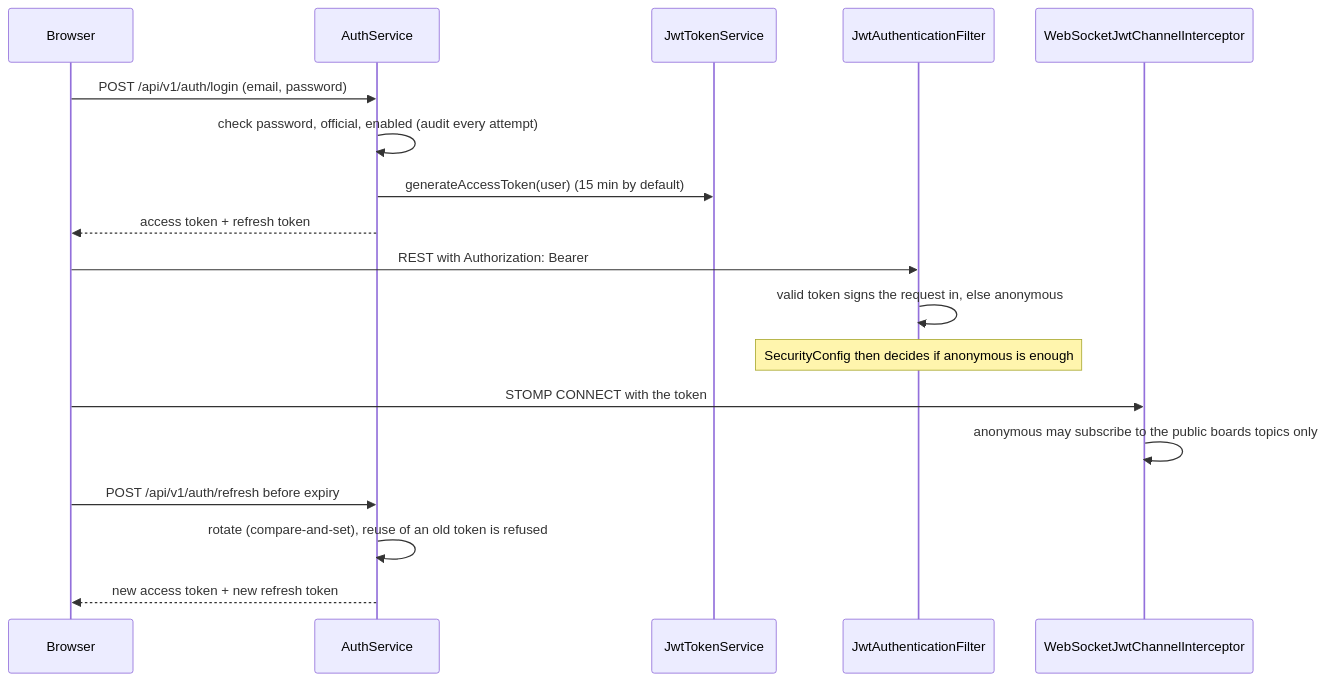
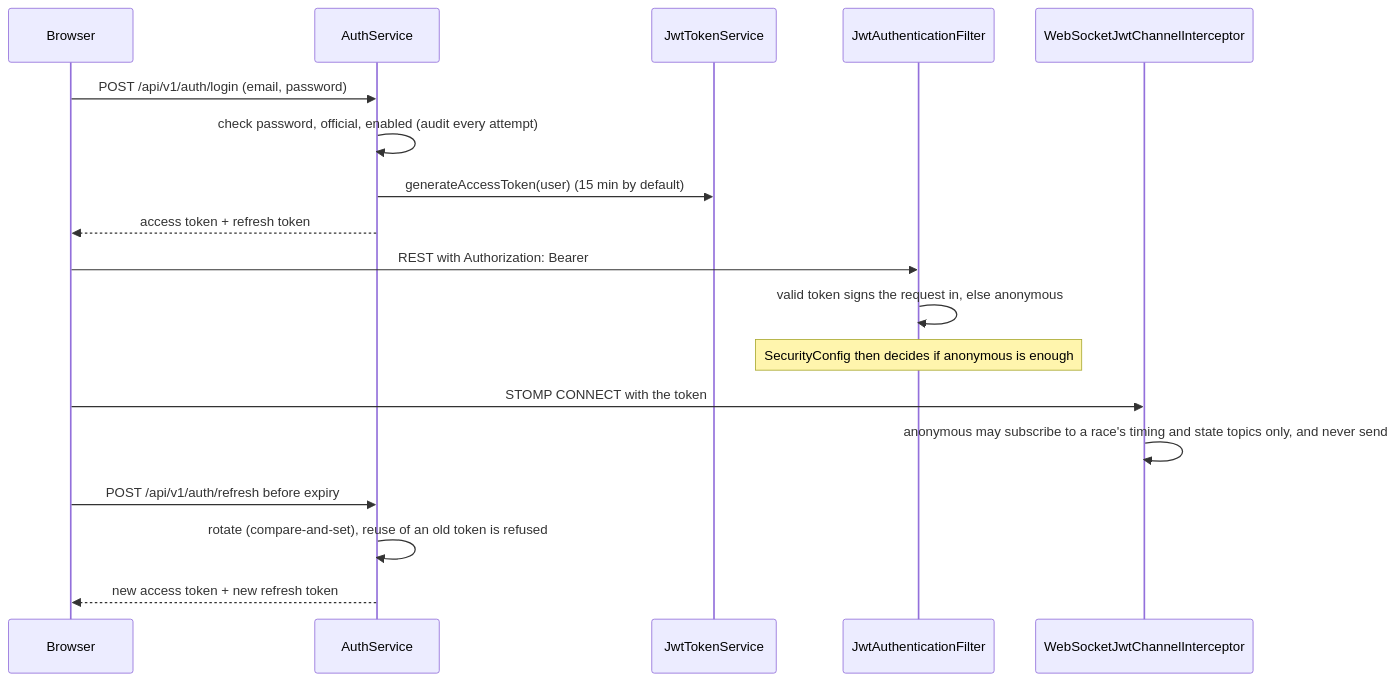
One commit to RCRaceHub/RCTimingControl changed the sixth of 6 diagrams in docs/developer/sequences.md. Above: the diagram before and after it, drawn with Mermaid. The commit also changed other lines of this file and 4 other files, not shown here.

First line of the commit message:
Fix diagram inaccuracies found in review (#347)

````diff
--- a/docs/developer/sequences.md
+++ b/docs/developer/sequences.md
@@ -174,21 +175,21 @@
 ```mermaid
 sequenceDiagram
     participant B as Browser
     participant A as AuthService
     participant J as JwtTokenService
     participant F as JwtAuthenticationFilter
     participant W as WebSocketJwtChannelInterceptor
 
     B->>A: POST /api/v1/auth/login (email, password)
     A->>A: check password, official, enabled (audit every attempt)
     A->>J: generateAccessToken(user) (15 min by default)
     A-->>B: access token + refresh token
     B->>F: REST with Authorization: Bearer
     F->>F: valid token signs the request in, else anonymous
     Note over F: SecurityConfig then decides if anonymous is enough
     B->>W: STOMP CONNECT with the token
-    W->>W: anonymous may subscribe to the public boards topics only
+    W->>W: anonymous may subscribe to a race's timing and state topics only, and never send
     B->>A: POST /api/v1/auth/refresh before expiry
     A->>A: rotate (compare-and-set), reuse of an old token is refused
     A-->>B: new access token + new refresh token
 ```
````
